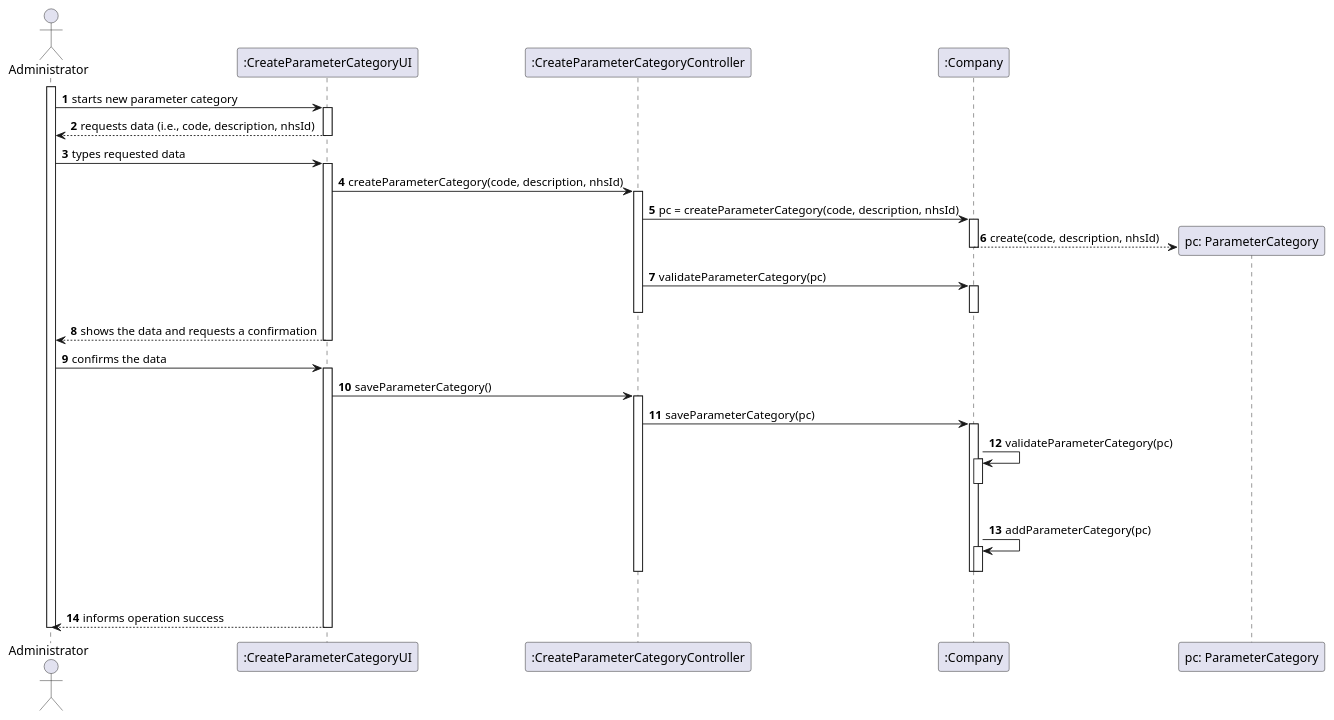
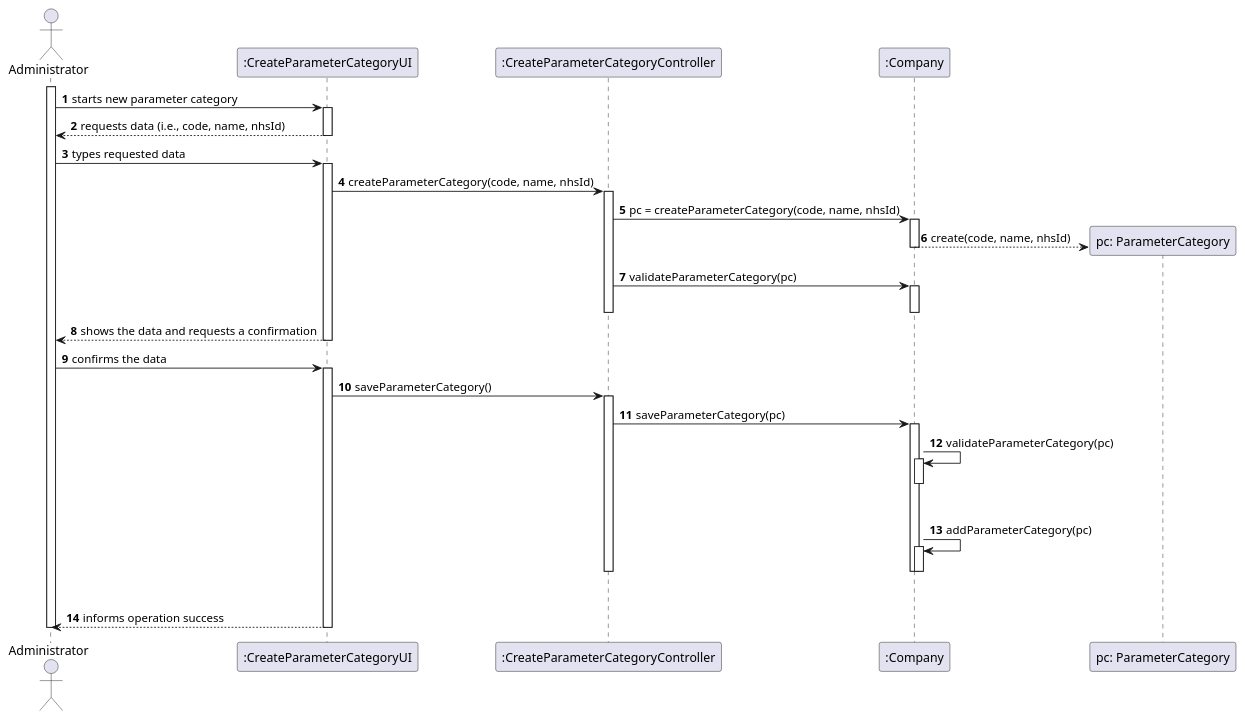
The diagram in docs/SprintB/US_11/US11_SD.puml (ana-albergaria/LAPR2-ISEP), drawn with PlantUML before and after one commit. The commit also changed 3 other files, not shown here.

```diff
--- a/docs/SprintB/US_11/US11_SD.puml
+++ b/docs/SprintB/US_11/US11_SD.puml
@@ -1,62 +1,62 @@
 @startuml
 autonumber
 'hide footbox
 actor "Administrator" as ADM
 
 participant ":CreateParameterCategoryUI" as UI
 participant ":CreateParameterCategoryController" as CTRL
 participant ":Company" as CMP
 participant "pc: ParameterCategory" as PC
 
 activate ADM
 ADM -> UI : starts new parameter category
 activate UI
-UI --> ADM : requests data (i.e., code, description, nhsId)
+UI --> ADM : requests data (i.e., code, name, nhsId)
 deactivate UI
 
 ADM -> UI : types requested data
 activate UI
 
-UI -> CTRL : createParameterCategory(code, description, nhsId)
+UI -> CTRL : createParameterCategory(code, name, nhsId)
 activate CTRL
 
-CTRL -> CMP : pc = createParameterCategory(code, description, nhsId)
+CTRL -> CMP : pc = createParameterCategory(code, name, nhsId)
 activate CMP
 
-CMP --> PC** : create(code, description, nhsId)
+CMP --> PC** : create(code, name, nhsId)
 deactivate CMP
 
 CTRL -> CMP : validateParameterCategory(pc)
 activate CMP
 deactivate CTRL
 deactivate CMP
 
 UI --> ADM : shows the data and requests a confirmation
 deactivate UI
 
 ADM -> UI : confirms the data
 activate UI
 
 UI -> CTRL : saveParameterCategory()
 activate CTRL
 
 CTRL -> CMP : saveParameterCategory(pc)
 activate CMP
 
 CMP -> CMP : validateParameterCategory(pc)
 activate CMP
 |||
 deactivate CMP
 
 CMP -> CMP : addParameterCategory(pc)
 activate CMP
 |||
 deactivate CMP
 deactivate CMP
 deactivate CTRL
 
 ADM <-- UI : informs operation success
 deactivate UI
 deactivate ADM
 
 @enduml
```
